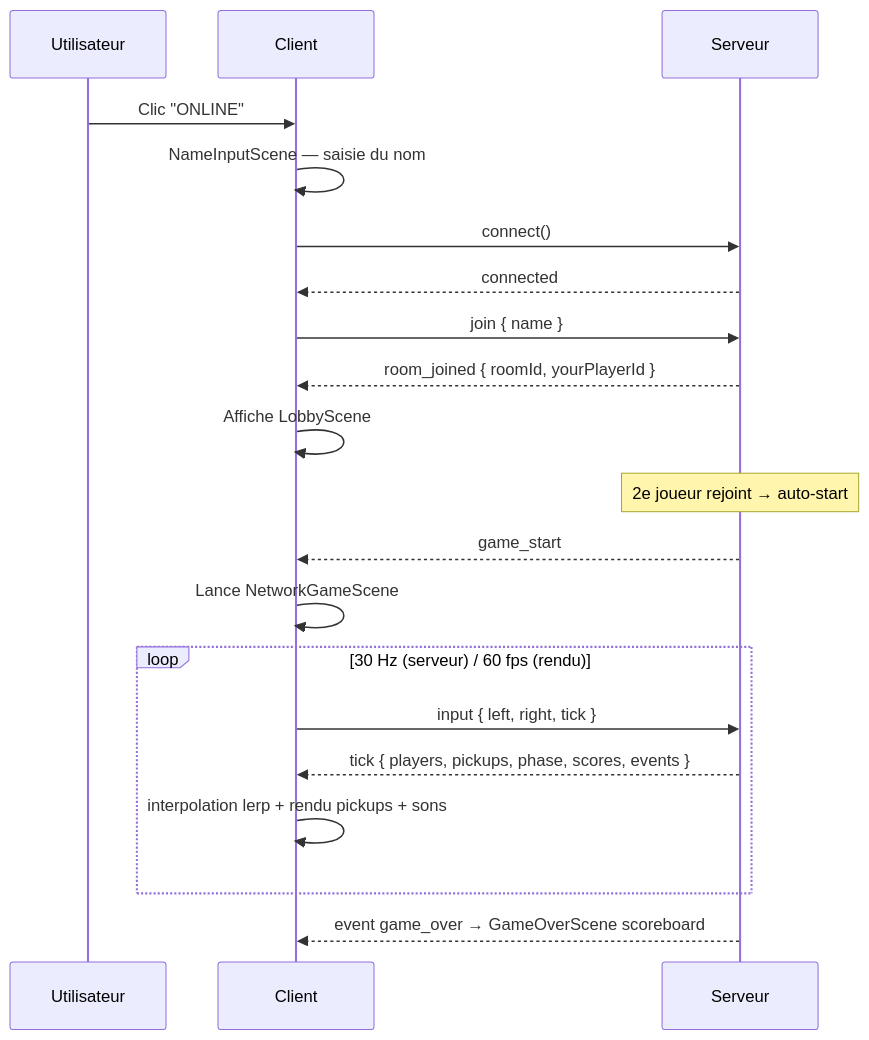
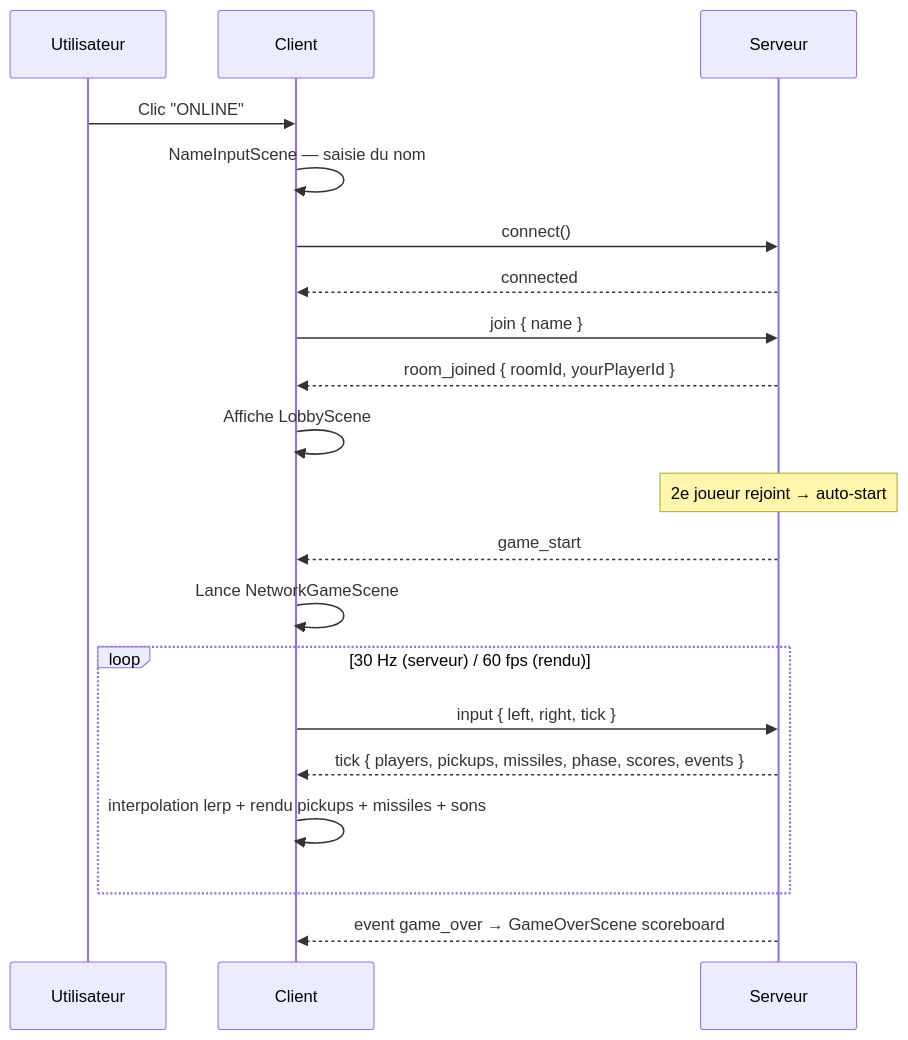
Before and after one commit to artkabis/crazycurve: the third of 4 diagrams in README.md, drawn with Mermaid. The commit also changed other lines of this file, not shown here.

Commit message:
docs: update README to Phase 4 — bots, missiles, Docker, CI/CD

````diff
--- a/README.md
+++ b/README.md
@@ -273,23 +336,23 @@
 ```mermaid
 sequenceDiagram
     participant U as Utilisateur
     participant C as Client
     participant S as Serveur
 
     U->>C: Clic "ONLINE"
     C->>C: NameInputScene — saisie du nom
     C->>S: connect()
     S-->>C: connected
     C->>S: join { name }
     S-->>C: room_joined { roomId, yourPlayerId }
     C->>C: Affiche LobbyScene
     Note over S: 2e joueur rejoint → auto-start
     S-->>C: game_start
     C->>C: Lance NetworkGameScene
     loop 30 Hz (serveur) / 60 fps (rendu)
         C->>S: input { left, right, tick }
-        S-->>C: tick { players, pickups, phase, scores, events }
-        C->>C: interpolation lerp + rendu pickups + sons
+        S-->>C: tick { players, pickups, missiles, phase, scores, events }
+        C->>C: interpolation lerp + rendu pickups + missiles + sons
     end
     S-->>C: event game_over → GameOverScene scoreboard
 ```
````
